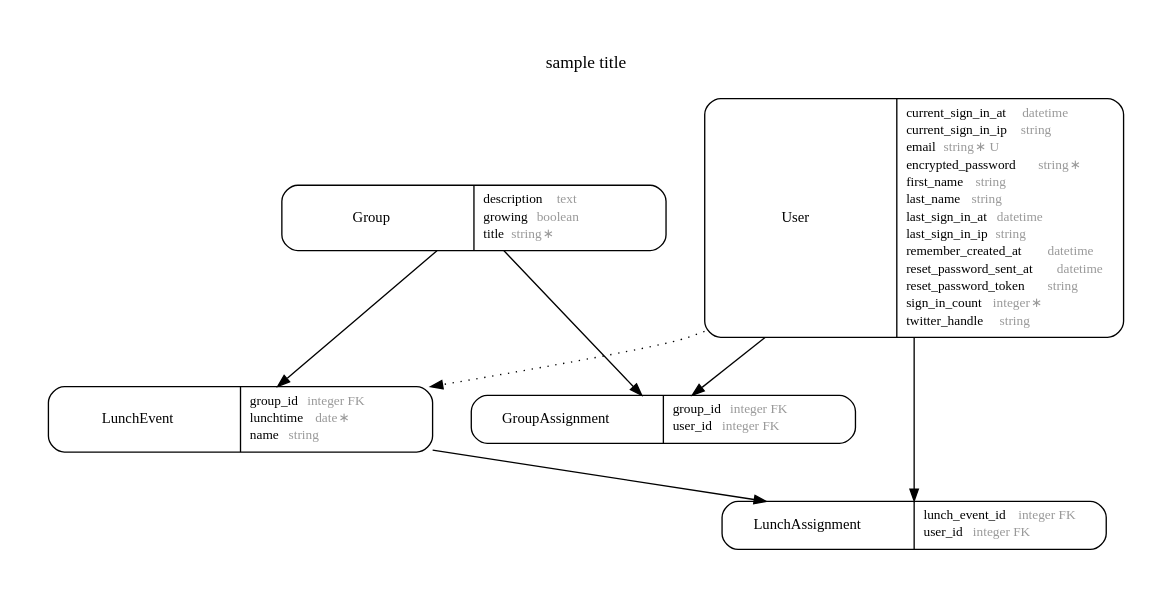
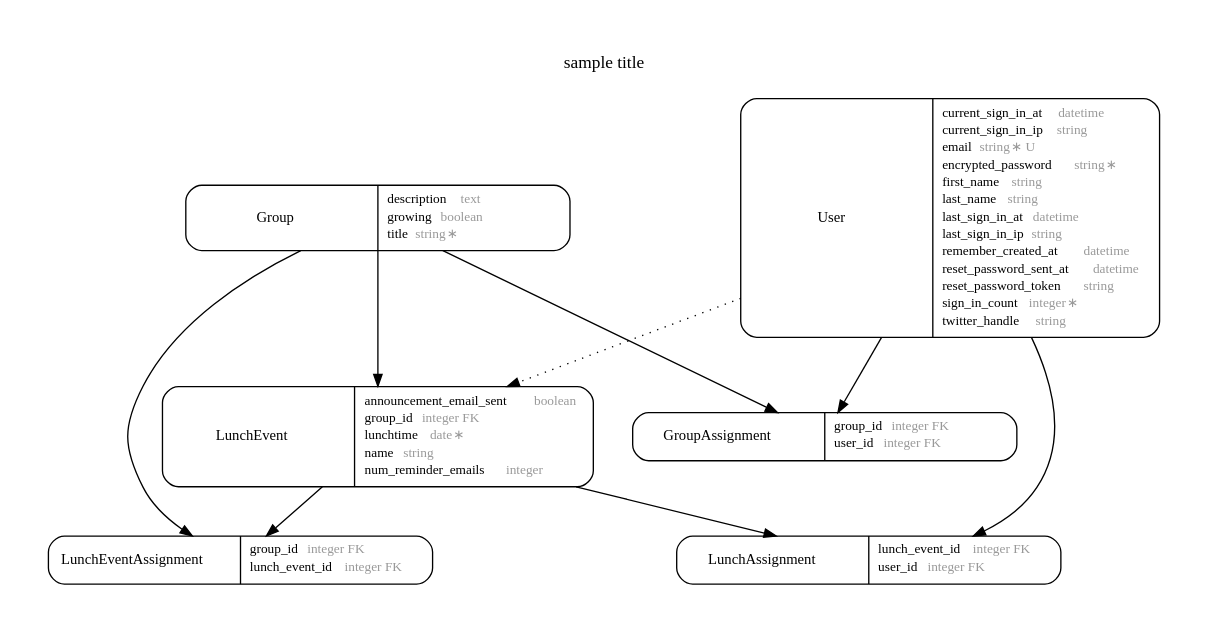
Before and after one commit to payne/lunchTDD2: the diagram in erd.dot, drawn with Graphviz.

Commit message:
bundle exec erd

```diff
--- a/erd.dot
+++ b/erd.dot
@@ -1,80 +1,93 @@
 digraph LunchTDD2 {
 rankdir = "LR";
 ranksep = "0.5";
 nodesep = "0.4";
 pad = "0.4,0.4";
 margin = "0,0";
 concentrate = "true";
 labelloc = "t";
 fontsize = "13";
 fontname = "Arial BoldMT";
 node[ shape  =  "Mrecord" , fontsize  =  "10" , fontname  =  "ArialMT" , margin  =  "0.07,0.05" , penwidth  =  "1.0"];
 edge[ fontname  =  "ArialMT" , fontsize  =  "7" , dir  =  "both" , arrowsize  =  "0.9" , penwidth  =  "1.0" , labelangle  =  "32" , labeldistance  =  "1.8"];
 rankdir = "TB";
 label = "sample title\n\n";
 m_Group [label = <<table border="0" align="center" cellspacing="0.5" cellpadding="0" width="134">
   <tr><td align="center" valign="bottom" width="130"><font face="Arial BoldMT" point-size="11">Group</font></td></tr>
 </table>
 |
 <table border="0" align="left" cellspacing="2" cellpadding="0" width="134">
   <tr><td align="left" width="130" port="description">description <font face="Arial ItalicMT" color="grey60">text</font></td></tr>
   <tr><td align="left" width="130" port="growing">growing <font face="Arial ItalicMT" color="grey60">boolean</font></td></tr>
   <tr><td align="left" width="130" port="title">title <font face="Arial ItalicMT" color="grey60">string ∗</font></td></tr>
 </table>
 >];
 m_GroupAssignment [label = <<table border="0" align="center" cellspacing="0.5" cellpadding="0" width="134">
   <tr><td align="center" valign="bottom" width="130"><font face="Arial BoldMT" point-size="11">GroupAssignment</font></td></tr>
 </table>
 |
 <table border="0" align="left" cellspacing="2" cellpadding="0" width="134">
   <tr><td align="left" width="130" port="group_id">group_id <font face="Arial ItalicMT" color="grey60">integer FK</font></td></tr>
   <tr><td align="left" width="130" port="user_id">user_id <font face="Arial ItalicMT" color="grey60">integer FK</font></td></tr>
 </table>
 >];
 m_LunchAssignment [label = <<table border="0" align="center" cellspacing="0.5" cellpadding="0" width="134">
   <tr><td align="center" valign="bottom" width="130"><font face="Arial BoldMT" point-size="11">LunchAssignment</font></td></tr>
 </table>
 |
 <table border="0" align="left" cellspacing="2" cellpadding="0" width="134">
   <tr><td align="left" width="130" port="lunch_event_id">lunch_event_id <font face="Arial ItalicMT" color="grey60">integer FK</font></td></tr>
   <tr><td align="left" width="130" port="user_id">user_id <font face="Arial ItalicMT" color="grey60">integer FK</font></td></tr>
 </table>
 >];
 m_LunchEvent [label = <<table border="0" align="center" cellspacing="0.5" cellpadding="0" width="134">
   <tr><td align="center" valign="bottom" width="130"><font face="Arial BoldMT" point-size="11">LunchEvent</font></td></tr>
 </table>
 |
 <table border="0" align="left" cellspacing="2" cellpadding="0" width="134">
+  <tr><td align="left" width="130" port="announcement_email_sent">announcement_email_sent <font face="Arial ItalicMT" color="grey60">boolean</font></td></tr>
   <tr><td align="left" width="130" port="group_id">group_id <font face="Arial ItalicMT" color="grey60">integer FK</font></td></tr>
   <tr><td align="left" width="130" port="lunchtime">lunchtime <font face="Arial ItalicMT" color="grey60">date ∗</font></td></tr>
   <tr><td align="left" width="130" port="name">name <font face="Arial ItalicMT" color="grey60">string</font></td></tr>
+  <tr><td align="left" width="130" port="num_reminder_emails">num_reminder_emails <font face="Arial ItalicMT" color="grey60">integer</font></td></tr>
+</table>
+>];
+m_LunchEventAssignment [label = <<table border="0" align="center" cellspacing="0.5" cellpadding="0" width="134">
+  <tr><td align="center" valign="bottom" width="130"><font face="Arial BoldMT" point-size="11">LunchEventAssignment</font></td></tr>
+</table>
+|
+<table border="0" align="left" cellspacing="2" cellpadding="0" width="134">
+  <tr><td align="left" width="130" port="group_id">group_id <font face="Arial ItalicMT" color="grey60">integer FK</font></td></tr>
+  <tr><td align="left" width="130" port="lunch_event_id">lunch_event_id <font face="Arial ItalicMT" color="grey60">integer FK</font></td></tr>
 </table>
 >];
 m_User [label = <<table border="0" align="center" cellspacing="0.5" cellpadding="0" width="134">
   <tr><td align="center" valign="bottom" width="130"><font face="Arial BoldMT" point-size="11">User</font></td></tr>
 </table>
 |
 <table border="0" align="left" cellspacing="2" cellpadding="0" width="134">
   <tr><td align="left" width="130" port="current_sign_in_at">current_sign_in_at <font face="Arial ItalicMT" color="grey60">datetime</font></td></tr>
   <tr><td align="left" width="130" port="current_sign_in_ip">current_sign_in_ip <font face="Arial ItalicMT" color="grey60">string</font></td></tr>
   <tr><td align="left" width="130" port="email">email <font face="Arial ItalicMT" color="grey60">string ∗ U</font></td></tr>
   <tr><td align="left" width="130" port="encrypted_password">encrypted_password <font face="Arial ItalicMT" color="grey60">string ∗</font></td></tr>
   <tr><td align="left" width="130" port="first_name">first_name <font face="Arial ItalicMT" color="grey60">string</font></td></tr>
   <tr><td align="left" width="130" port="last_name">last_name <font face="Arial ItalicMT" color="grey60">string</font></td></tr>
   <tr><td align="left" width="130" port="last_sign_in_at">last_sign_in_at <font face="Arial ItalicMT" color="grey60">datetime</font></td></tr>
   <tr><td align="left" width="130" port="last_sign_in_ip">last_sign_in_ip <font face="Arial ItalicMT" color="grey60">string</font></td></tr>
   <tr><td align="left" width="130" port="remember_created_at">remember_created_at <font face="Arial ItalicMT" color="grey60">datetime</font></td></tr>
   <tr><td align="left" width="130" port="reset_password_sent_at">reset_password_sent_at <font face="Arial ItalicMT" color="grey60">datetime</font></td></tr>
   <tr><td align="left" width="130" port="reset_password_token">reset_password_token <font face="Arial ItalicMT" color="grey60">string</font></td></tr>
   <tr><td align="left" width="130" port="sign_in_count">sign_in_count <font face="Arial ItalicMT" color="grey60">integer ∗</font></td></tr>
   <tr><td align="left" width="130" port="twitter_handle">twitter_handle <font face="Arial ItalicMT" color="grey60">string</font></td></tr>
 </table>
 >];
   m_User -> m_LunchAssignment [arrowhead = "normal", arrowtail = "none", weight = "2"];
-  m_User -> m_LunchEvent [style = "dotted", arrowhead = "normal", arrowtail = "none", weight = "1", constraint = "false"];
+  m_User -> m_LunchEvent [style = "dotted", arrowhead = "normal", arrowtail = "none", weight = "2", constraint = "false"];
   m_User -> m_GroupAssignment [arrowhead = "normal", arrowtail = "none", weight = "2"];
   m_User -> m_Group [style = "dotted", arrowhead = "normal", arrowtail = "none", weight = "2", constraint = "false"];
   m_Group -> m_GroupAssignment [arrowhead = "normal", arrowtail = "none", weight = "2"];
-  m_LunchEvent -> m_LunchAssignment [arrowhead = "normal", arrowtail = "none", weight = "1"];
-  m_Group -> m_LunchEvent [arrowhead = "normal", arrowtail = "none", weight = "1"];
+  m_Group -> m_LunchEvent [arrowhead = "normal", arrowtail = "none", weight = "2"];
+  m_LunchEvent -> m_LunchAssignment [arrowhead = "normal", arrowtail = "none", weight = "2"];
+  m_LunchEvent -> m_LunchEventAssignment [arrowhead = "normal", arrowtail = "none", weight = "1"];
+  m_Group -> m_LunchEventAssignment [arrowhead = "normal", arrowtail = "none", weight = "1"];
 }
```
